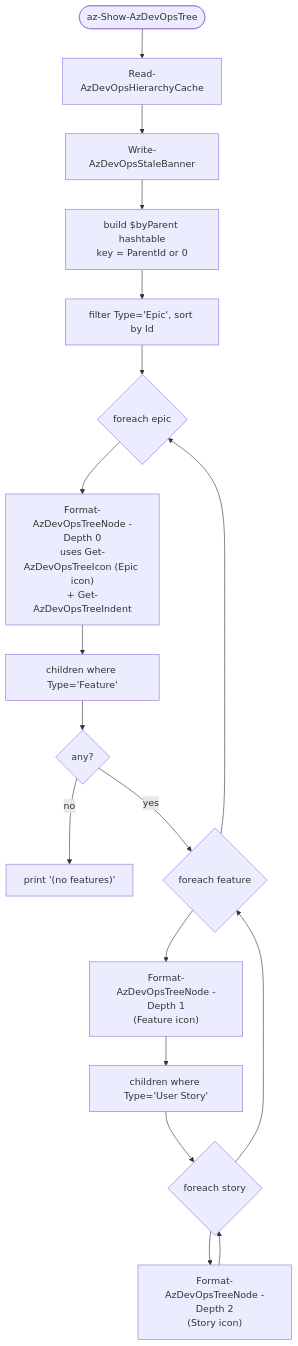
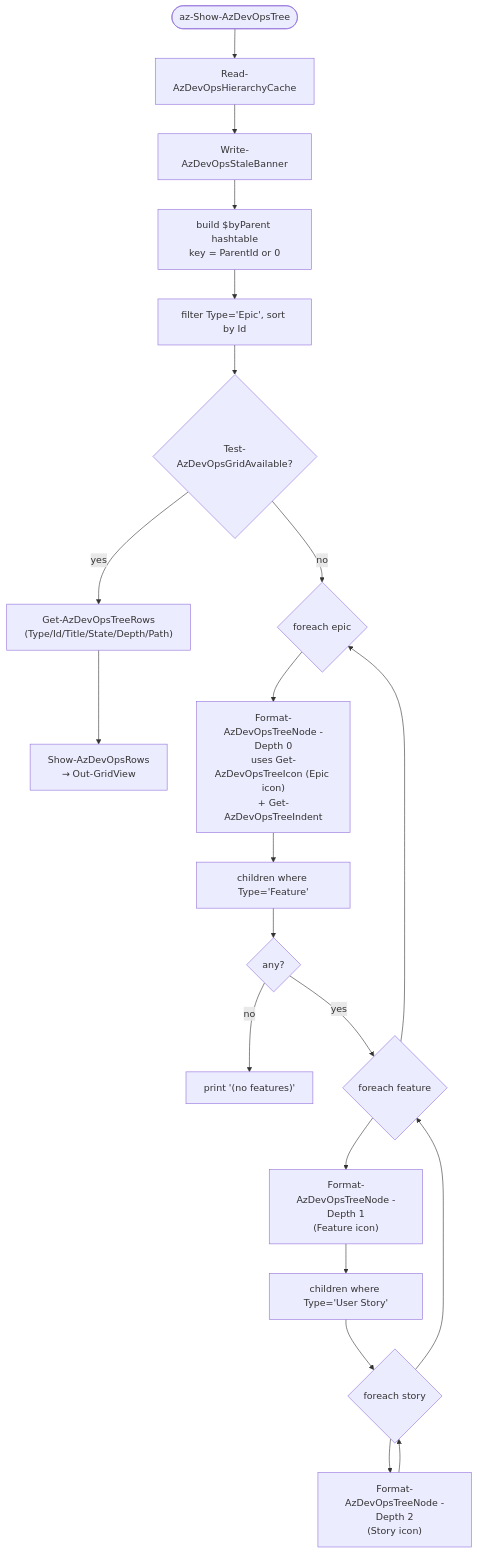
One commit to jdschleicher/bashcuts changed the seventh of 10 diagrams in docs/azure-devops-diagrams.md. Above: the diagram before and after it, drawn with Mermaid. The commit also changed other lines of this file, not shown here.

First line of the commit message:
docs(#28): reflect grid presentation helpers in azure-devops-diagrams

````diff
--- a/docs/azure-devops-diagrams.md
+++ b/docs/azure-devops-diagrams.md
@@ -265,20 +267,23 @@
 ```mermaid
 flowchart TD
     Start([az-Show-AzDevOpsTree]) --> Read[Read-AzDevOpsHierarchyCache]
     Read --> Banner[Write-AzDevOpsStaleBanner]
     Banner --> Index["build $byParent hashtable<br/>key = ParentId or 0"]
     Index --> Epics["filter Type='Epic', sort by Id"]
-    Epics --> ForEpic{foreach epic}
+    Epics --> Grid{Test-AzDevOpsGridAvailable?}
+    Grid -- yes --> RowsFn["Get-AzDevOpsTreeRows<br/>(Type/Id/Title/State/Depth/Path)"]
+    RowsFn --> Show["Show-AzDevOpsRows<br/>→ Out-GridView"]
+    Grid -- no --> ForEpic{foreach epic}
     ForEpic --> NodeE["Format-AzDevOpsTreeNode -Depth 0<br/>uses Get-AzDevOpsTreeIcon (Epic icon)<br/>+ Get-AzDevOpsTreeIndent"]
     NodeE --> Features["children where Type='Feature'"]
     Features --> NoFeat{any?}
     NoFeat -- no --> Empty["print '(no features)'"]
     NoFeat -- yes --> ForFeat{foreach feature}
     ForFeat --> NodeF["Format-AzDevOpsTreeNode -Depth 1<br/>(Feature icon)"]
     NodeF --> Stories["children where Type='User Story'"]
     Stories --> ForStory{foreach story}
     ForStory --> NodeS["Format-AzDevOpsTreeNode -Depth 2<br/>(Story icon)"]
     NodeS --> ForStory
     ForStory --> ForFeat
     ForFeat --> ForEpic
 ```
````
